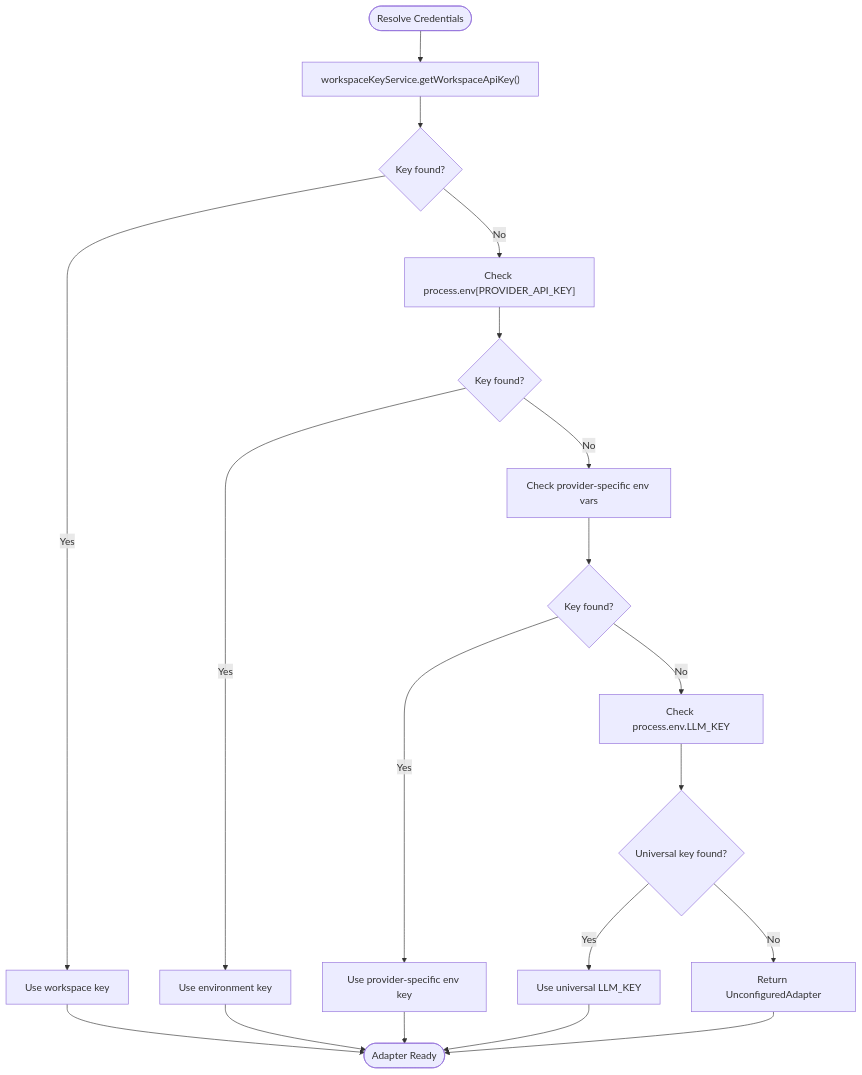
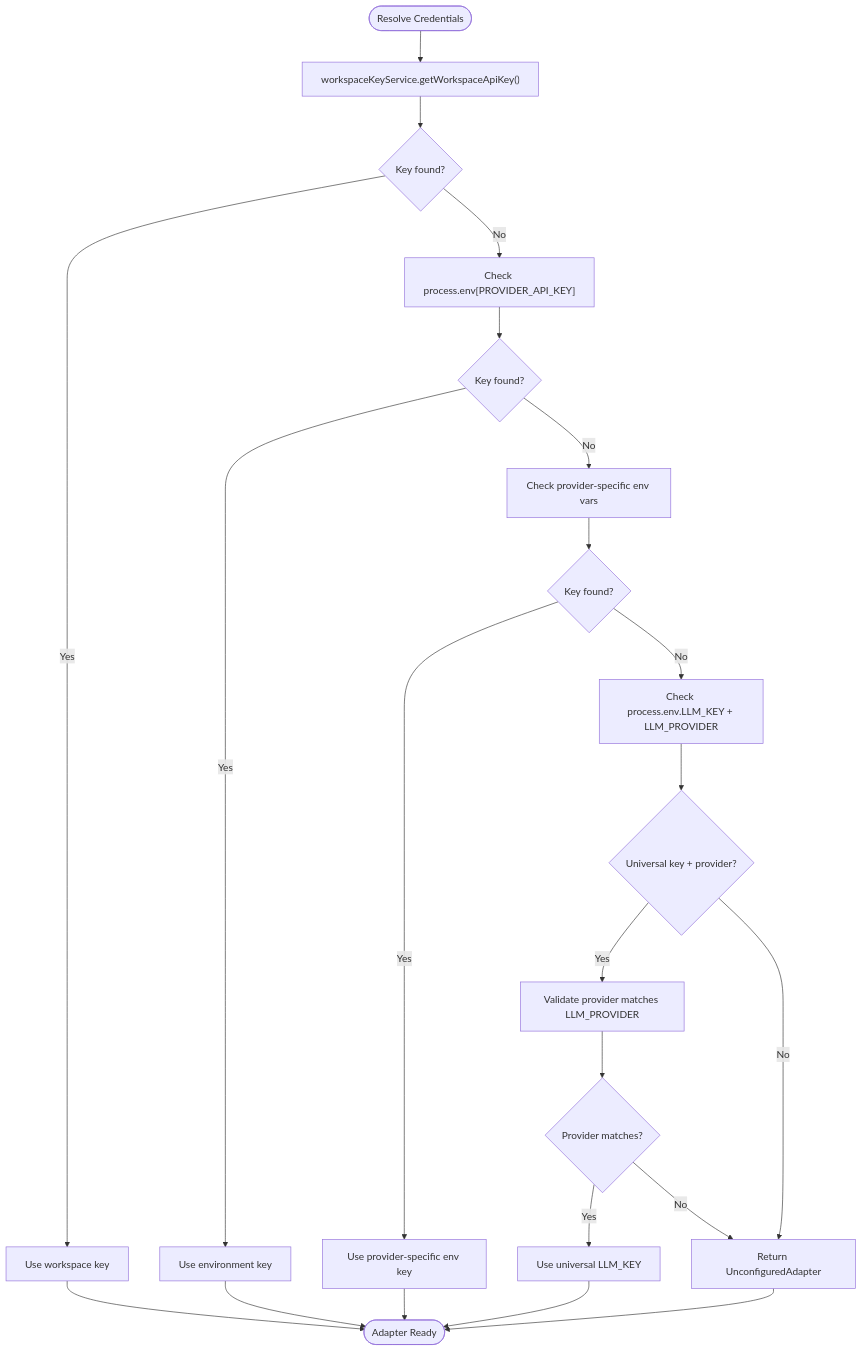
The third of 11 diagrams in .qoder/repowiki/en/content/AI Generation Engine/AI Provider Adapters/Configuration & Authentication Management.md (shekhargiri005-dotcom/AI-powered-accessibility-first-UI-engine), drawn with Mermaid before and after one commit. The commit also changed other lines of this file and 20 other files, not shown here.

````diff
--- a/.qoder/repowiki/en/content/AI Generation Engine/AI Provider Adapters/Configuration & Authentication Management.md
+++ b/.qoder/repowiki/en/content/AI Generation Engine/AI Provider Adapters/Configuration & Authentication Management.md
@@ -140,21 +150,24 @@
 ```mermaid
 flowchart TD
 Start(["Resolve Credentials"]) --> WS["workspaceKeyService.getWorkspaceApiKey()"]
 WS --> FoundWS{"Key found?"}
 FoundWS --> |Yes| UseWS["Use workspace key"]
 FoundWS --> |No| Env["Check process.env[PROVIDER_API_KEY]"]
 Env --> FoundEnv{"Key found?"}
 FoundEnv --> |Yes| UseEnv["Use environment key"]
 FoundEnv --> |No| Fallbacks["Check provider-specific env vars"]
 Fallbacks --> FoundFB{"Key found?"}
 FoundFB --> |Yes| UseFB["Use provider-specific env key"]
-FoundFB --> |No| Universal["Check process.env.LLM_KEY"]
-Universal --> FoundUni{"Universal key found?"}
-FoundUni --> |Yes| UseUni["Use universal LLM_KEY"]
+FoundFB --> |No| Universal["Check process.env.LLM_KEY + LLM_PROVIDER"]
+Universal --> FoundUni{"Universal key + provider?"}
+FoundUni --> |Yes| Validate["Validate provider matches LLM_PROVIDER"]
 FoundUni --> |No| Unconfigured["Return UnconfiguredAdapter"]
+Validate --> FoundMatch{"Provider matches?"}
+FoundMatch --> |Yes| UseUni["Use universal LLM_KEY"]
+FoundMatch --> |No| Unconfigured
 UseWS --> End(["Adapter Ready"])
 UseEnv --> End
 UseFB --> End
 UseUni --> End
 Unconfigured --> End
 ```
````
